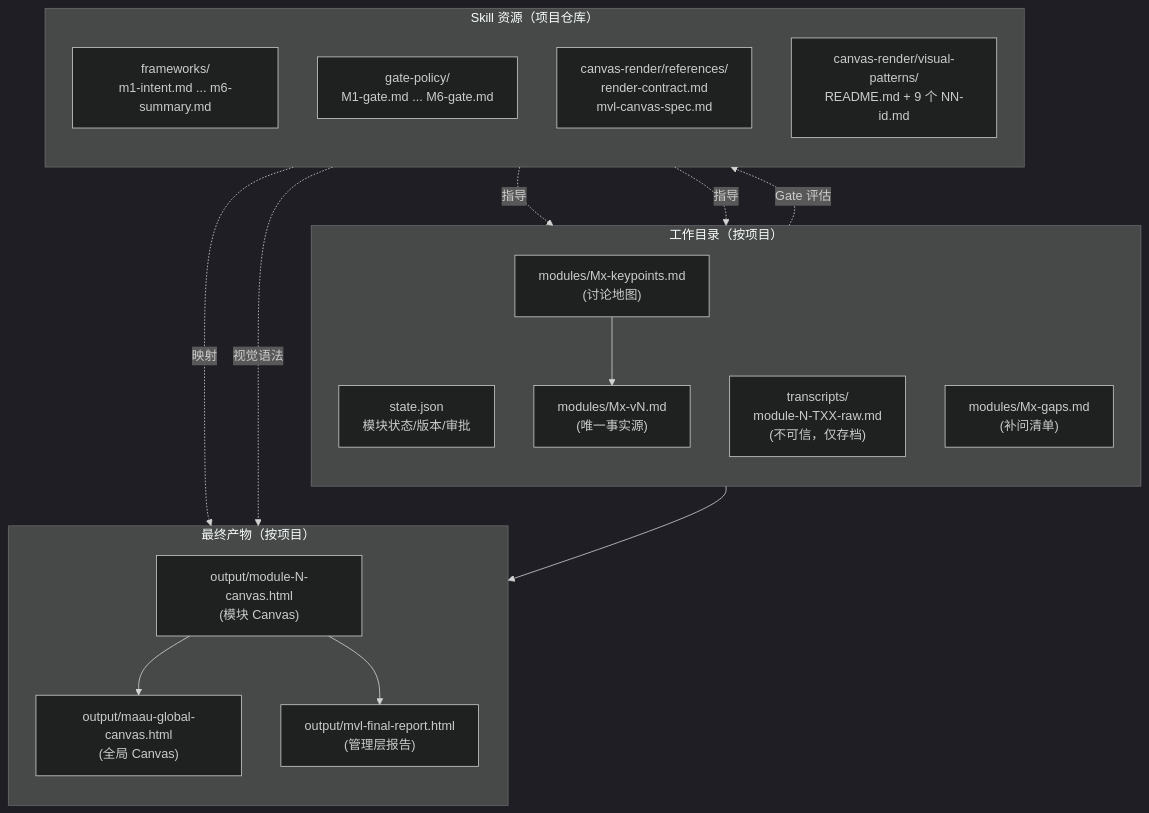
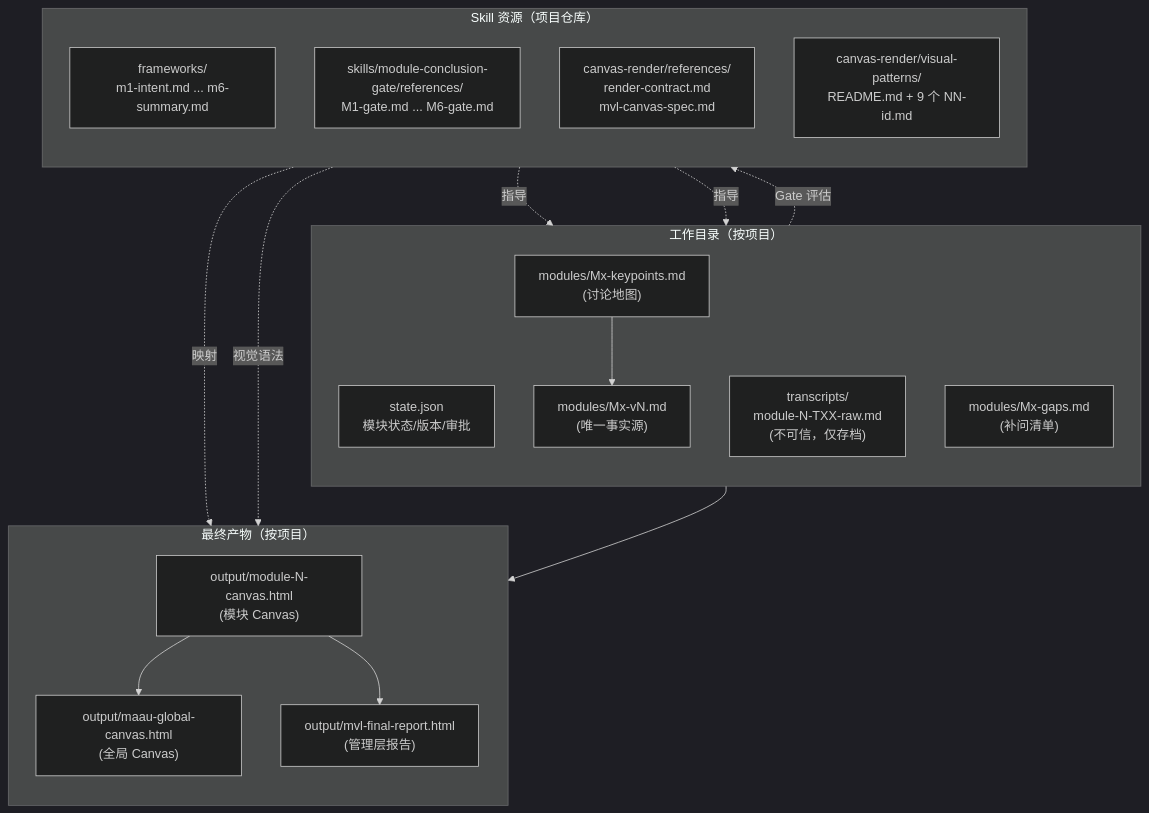
The seventh of 9 diagrams in docs/MVL-整体架构设计.md (wanghongbj321-code/pratyaya), drawn with Mermaid (dark theme) before and after one commit. The commit also changed other lines of this file and 10 other files, not shown here.

````diff
--- a/docs/MVL-整体架构设计.md
+++ b/docs/MVL-整体架构设计.md
@@ -483,36 +483,36 @@
 ```mermaid
 flowchart TB
     subgraph WORK["工作目录（按项目）"]
         direction TB
         ST["state.json<br/>模块状态/版本/审批"]
         TR["transcripts/<br/>module-N-TXX-raw.md<br/>(不可信，仅存档)"]
         KP["modules/Mx-keypoints.md<br/>(讨论地图)"]
         MX["modules/Mx-vN.md<br/>(唯一事实源)"]
         GP["modules/Mx-gaps.md<br/>(补问清单)"]
     end
 
     subgraph SKILL["Skill 资源（项目仓库）"]
         direction TB
         FW["frameworks/<br/>m1-intent.md ... m6-summary.md"]
-        GATE["gate-policy/<br/>M1-gate.md ... M6-gate.md"]
+        GATE["skills/module-conclusion-gate/references/<br/>M1-gate.md ... M6-gate.md"]
         RC["canvas-render/references/<br/>render-contract.md<br/>mvl-canvas-spec.md"]
         VP["canvas-render/visual-patterns/<br/>README.md + 9 个 NN-id.md"]
     end
 
     subgraph OUTPUT["最终产物（按项目）"]
         direction TB
         MC["output/module-N-canvas.html<br/>(模块 Canvas)"]
         GC["output/maau-global-canvas.html<br/>(全局 Canvas)"]
         FR["output/mvl-final-report.html<br/>(管理层报告)"]
     end
 
     KP --> MX
     MX --> MC
     MC --> GC
     MC --> FR
     MX -.Gate 评估.-> GATE
     FW -.指导.-> KP
     FW -.指导.-> MX
     RC -.映射.-> MC
     VP -.视觉语法.-> MC
 ```
````
